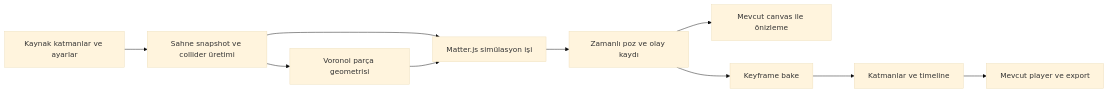
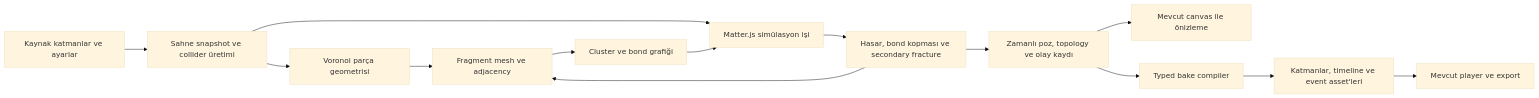
One commit to codie1982/chorono-editor changed the diagram in docs/tr/plans/physics-fracture-bake-plan.md. Above: the diagram before and after it, drawn with Mermaid (base theme). The commit also changed other lines of this file and 14 other files, not shown here.

````diff
--- a/docs/tr/plans/physics-fracture-bake-plan.md
+++ b/docs/tr/plans/physics-fracture-bake-plan.md
@@ -36,12 +53,16 @@
 ```mermaid
 flowchart LR
     A[Kaynak katmanlar ve ayarlar] --> B[Sahne snapshot ve collider üretimi]
     B --> C[Voronoi parça geometrisi]
-    B --> D[Matter.js simülasyon işi]
-    C --> D
-    D --> E[Zamanlı poz ve olay kaydı]
-    E --> F[Mevcut canvas ile önizleme]
-    E --> G[Keyframe bake]
-    G --> H[Katmanlar ve timeline]
-    H --> I[Mevcut player ve export]
+    C --> D[Fragment mesh ve adjacency]
+    D --> E[Cluster ve bond grafiği]
+    B --> F[Matter.js simülasyon işi]
+    E --> F
+    F --> G[Hasar, bond kopması ve secondary fracture]
+    G --> D
+    G --> H[Zamanlı poz, topology ve olay kaydı]
+    H --> I[Mevcut canvas ile önizleme]
+    H --> J[Typed bake compiler]
+    J --> K[Katmanlar, timeline ve event asset'leri]
+    K --> L[Mevcut player ve export]
 ```
````
